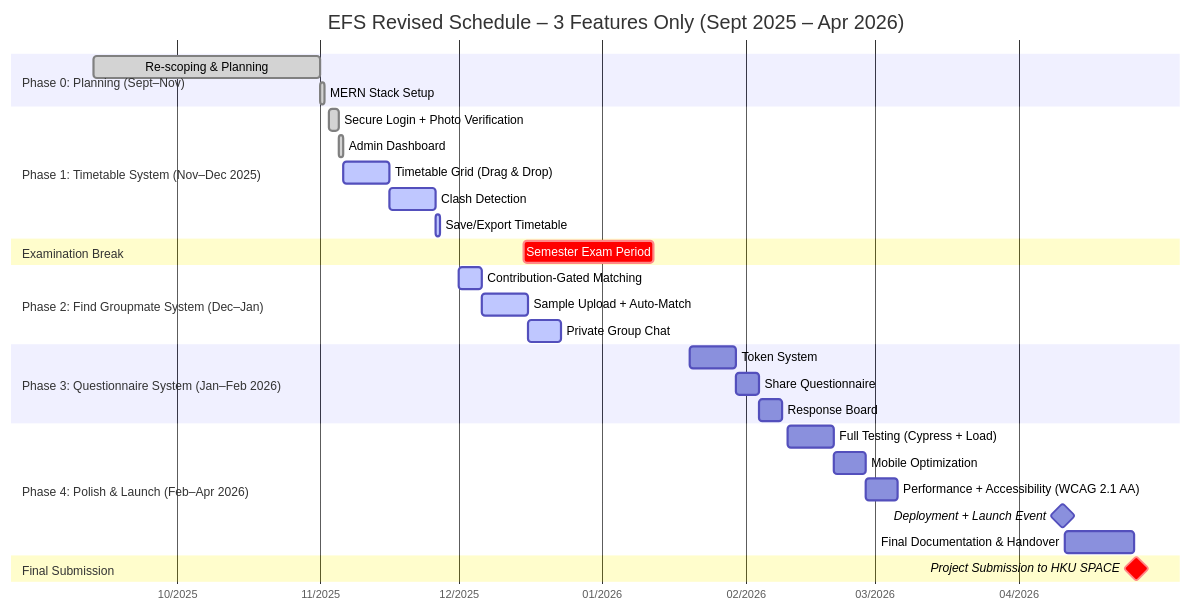
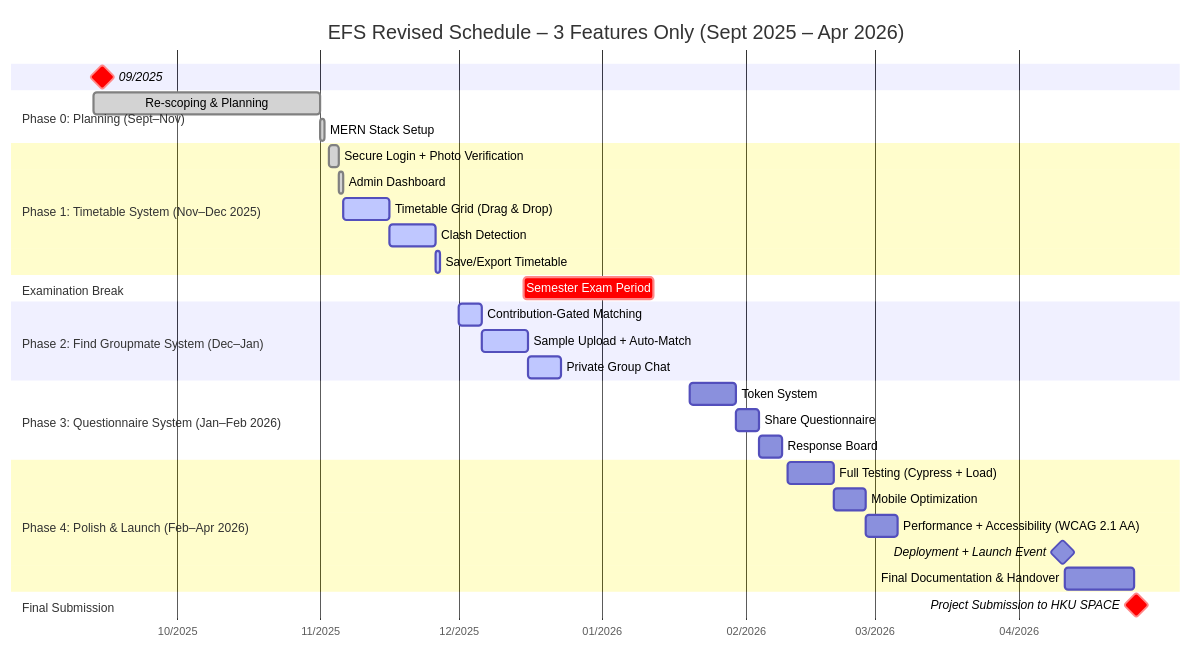
Before and after one commit to MyFGitAccount/MARKDOWN_KK: the diagram in markdown/schedule.md, drawn with Mermaid.

Commit message:
add schedule

````diff
--- a/markdown/schedule.md
+++ b/markdown/schedule.md
@@ -1,42 +1,45 @@
 ```mermaid
 gantt
     title EFS Revised Schedule – 3 Features Only (Sept 2025 – Apr 2026)
-    dateFormat  YYYY-MM-DD
-    axisFormat  %m/%Y
+    dateFormat YYYY-MM-DD
+    axisFormat %m/%Y
     tickInterval 1month
-    todayMarker stroke-width:1px,stroke:#e74c3c,opacity:0.9,font-size:small
-    
+    todayMarker stroke-width:1px,stroke:#e74c3c,opacity:0.9
+
+    %% Timestamp milestone (bold red, highly visible)
+    09/2025 :milestone, crit, ts, 2025-09-15, 0d
+
     section Phase 0: Planning (Sept–Nov)
-    Re-scoping & Planning                     :done, plan1, 2025-09-13, 2025-11-01
-    MERN Stack Setup                          :done, setup1, after plan1, 1d
+    Re-scoping & Planning :done, plan1, 2025-09-13, 2025-11-01
+    MERN Stack Setup :done, setup1, after plan1, 1d
 
     section Phase 1: Timetable System (Nov–Dec 2025)
-    Secure Login + Photo Verification         :done, auth1, 2025-11-03, 2025-11-05
-    Admin Dashboard                           :done, admin1, after auth1, 1d
-    Timetable Grid (Drag & Drop)              :active, timetable1, after admin1, 10d
-    Clash Detection                           :active, clash1, after timetable1, 10d
-    Save/Export Timetable                     :active, export1, after clash1, 1d
+    Secure Login + Photo Verification :done, auth1, 2025-11-03, 2025-11-05
+    Admin Dashboard :done, admin1, after auth1, 1d
+    Timetable Grid (Drag & Drop) :active, timetable1, after admin1, 10d
+    Clash Detection :active, clash1, after timetable1, 10d
+    Save/Export Timetable :active, export1, after clash1, 1d
 
     section Examination Break
-    Semester Exam Period                      :crit, exam, 2025-12-15, 2026-01-12
+    Semester Exam Period :crit, exam, 2025-12-15, 2026-01-12
 
     section Phase 2: Find Groupmate System (Dec–Jan)
-    Contribution-Gated Matching               :active, group1, 2025-12-01, 5d
-    Sample Upload + Auto-Match                :active, timer1, after group1, 10d
-    Private Group Chat                        :active, chat1, after timer1, 7d
+    Contribution-Gated Matching :active, group1, 2025-12-01, 5d
+    Sample Upload + Auto-Match :active, timer1, after group1, 10d
+    Private Group Chat :active, chat1, after timer1, 7d
 
     section Phase 3: Questionnaire System (Jan–Feb 2026)
-    Token System                              :token1, 2026-01-20, 10d
-    Share Questionnaire                       :share1, after token1, 5d
-    Response Board                            :board1, after share1, 5d
+    Token System :token1, 2026-01-20, 10d
+    Share Questionnaire :share1, after token1, 5d
+    Response Board :board1, after share1, 5d
 
     section Phase 4: Polish & Launch (Feb–Apr 2026)
-    Full Testing (Cypress + Load)             :test1, 2026-02-10, 10d
-    Mobile Optimization                       :mobile1, after test1, 7d
+    Full Testing (Cypress + Load) :test1, 2026-02-10, 10d
+    Mobile Optimization :mobile1, after test1, 7d
     Performance + Accessibility (WCAG 2.1 AA) :perf1, after mobile1, 7d
-    Deployment + Launch Event                 :milestone, launch, 2026-04-10, 1d
-    Final Documentation & Handover            :handover1, after launch, 15d
+    Deployment + Launch Event :milestone, launch, 2026-04-10, 1d
+    Final Documentation & Handover :handover1, after launch, 15d
 
     section Final Submission
-    Project Submission to HKU SPACE           :crit, milestone, submit, 2026-04-26, 1d
+    Project Submission to HKU SPACE :crit, milestone, submit, 2026-04-26, 1d
 ```
````
